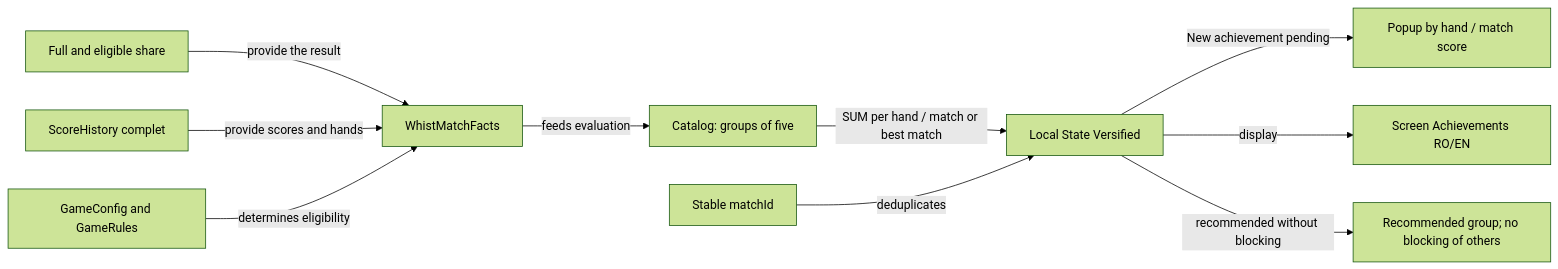
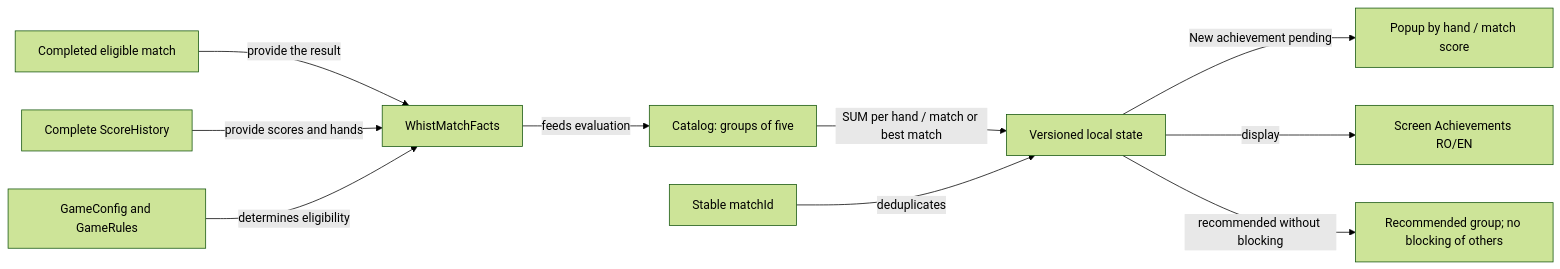
The diagram in docs/game/ATF_Achievements.md (crististefanita/atf_j4), drawn with Mermaid (forest theme) before and after one commit. The commit also changed other lines of this file and 126 other files, not shown here.

````diff
--- a/docs/game/ATF_Achievements.md
+++ b/docs/game/ATF_Achievements.md
@@ -9,12 +9,12 @@
 ```mermaid
 flowchart LR
-    MATCH[Full and eligible share] -->|provide the result| FACTS[WhistMatchFacts]
-    LEDGER[ScoreHistory complet] -->|provide scores and hands| FACTS
+    MATCH[Completed eligible match] -->|provide the result| FACTS[WhistMatchFacts]
+    LEDGER[Complete ScoreHistory] -->|provide scores and hands| FACTS
     RULES[GameConfig and GameRules] -->|determines eligibility| FACTS
     FACTS -->|feeds evaluation| CATALOG[Catalog: groups of five]
-    CATALOG -->|SUM per hand / match or best match| STATE[Local State Versified]
+    CATALOG -->|SUM per hand / match or best match| STATE[Versioned local state]
     ID[Stable matchId] -->|deduplicates| STATE
     STATE -->|New achievement pending| POPUP[Popup by hand / match score]
     STATE -->|display| VIEW[Screen Achievements RO/EN]
     STATE -->|recommended without blocking| PATH[Recommended group; no blocking of others]
 ```
````
